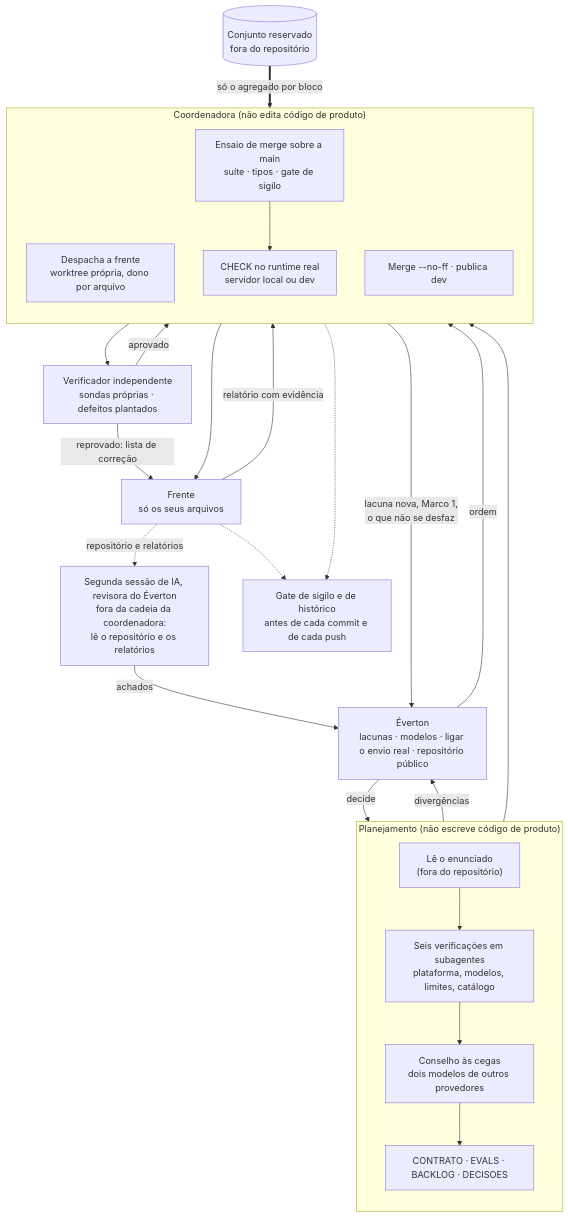
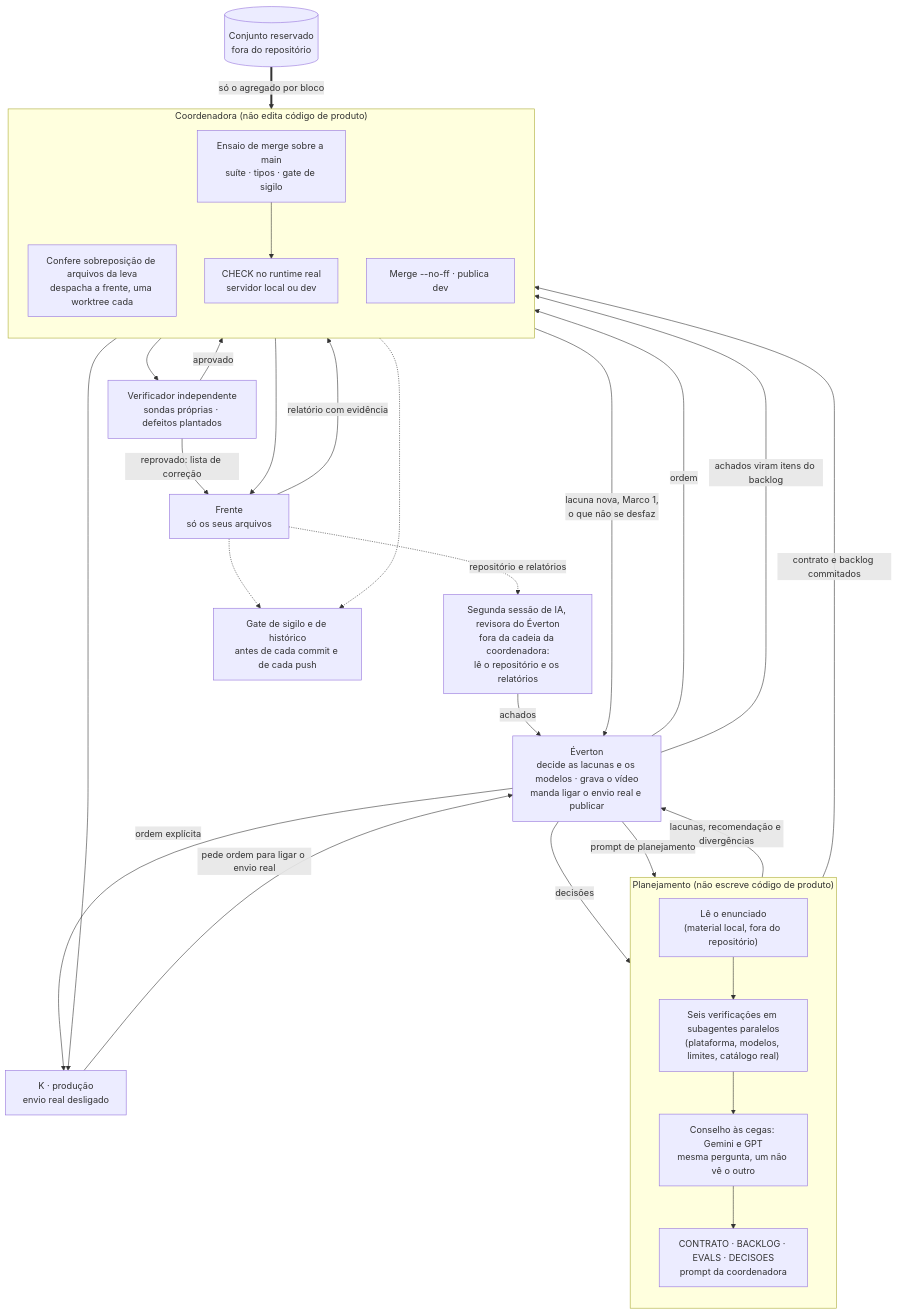
One commit to evertonresende/agente-concierge changed the first of 4 diagrams in docs/desenhos/fabrica.md. Above: the diagram before and after it, drawn with Mermaid. The commit also changed other lines of this file, not shown here.

````diff
--- a/docs/desenhos/fabrica.md
+++ b/docs/desenhos/fabrica.md
@@ -18,46 +19,52 @@
 ```mermaid
 flowchart TB
   accTitle: Papéis da fábrica
-  accDescr: Éverton, sessão de planejamento, coordenadora, frentes em worktrees, verificador independente, conjunto reservado e gate de sigilo.
+  accDescr: Éverton, sessão revisora, sessão de planejamento, coordenadora, frentes em worktrees, verificador independente, conjunto reservado, gate de sigilo e a ordem para ligar o envio real.
 
-  EV["Éverton<br/>lacunas · modelos · ligar o envio real · repositório público"]
+  EV["Éverton<br/>decide as lacunas e os modelos · grava o vídeo<br/>manda ligar o envio real e publicar"]
   REV["Segunda sessão de IA, revisora do Éverton<br/>fora da cadeia da coordenadora:<br/>lê o repositório e os relatórios"]
 
   subgraph PLAN["Planejamento (não escreve código de produto)"]
     direction TB
-    P1["Lê o enunciado<br/>(fora do repositório)"]
-    P2["Seis verificações em subagentes<br/>plataforma, modelos, limites, catálogo"]
-    P3["Conselho às cegas<br/>dois modelos de outros provedores"]
-    P4["CONTRATO · EVALS · BACKLOG · DECISOES"]
+    P1["Lê o enunciado<br/>(material local, fora do repositório)"]
+    P2["Seis verificações em subagentes paralelos<br/>(plataforma, modelos, limites, catálogo real)"]
+    P3["Conselho às cegas: Gemini e GPT<br/>mesma pergunta, um não vê o outro"]
+    P4["CONTRATO · BACKLOG · EVALS · DECISOES<br/>prompt da coordenadora"]
     P1 --> P2 --> P3 --> P4
   end
 
   subgraph COORD["Coordenadora (não edita código de produto)"]
     direction TB
-    C1["Despacha a frente<br/>worktree própria, dono por arquivo"]
+    C1["Confere sobreposição de arquivos da leva<br/>despacha a frente, uma worktree cada"]
     C2["Ensaio de merge sobre a main<br/>suíte · tipos · gate de sigilo"]
     C3["CHECK no runtime real<br/>servidor local ou dev"]
     C4["Merge --no-ff · publica dev"]
   end
 
   FR["Frente<br/>só os seus arquivos"]
   VER["Verificador independente<br/>sondas próprias · defeitos plantados"]
   RES[("Conjunto reservado<br/>fora do repositório")]
   GATE["Gate de sigilo e de histórico<br/>antes de cada commit e de cada push"]
+  K["K · produção<br/>envio real desligado"]
 
-  EV -->|"decide"| P4
-  P3 -->|"divergências"| EV
-  P4 --> C1
+  EV -->|"prompt de planejamento"| PLAN
+  P3 -->|"lacunas, recomendação e divergências"| EV
+  EV -->|"decisões"| P4
+  P4 -->|"contrato e backlog commitados"| C1
   C1 --> FR
   FR -->|"relatório com evidência"| C2
   C2 --> C3 --> VER
   VER -->|"reprovado: lista de correção"| FR
   VER -->|"aprovado"| C4
   RES ==>|"só o agregado por bloco"| C3
   FR -.-> GATE
   COORD -.-> GATE
   COORD -->|"lacuna nova, Marco 1,<br/>o que não se desfaz"| EV
   EV -->|"ordem"| COORD
   REV -->|"achados"| EV
+  EV -->|"achados viram itens do backlog"| COORD
   FR -. "repositório e relatórios" .-> REV
+  C4 --> K
+  K -->|"pede ordem para ligar o envio real"| EV
+  EV -->|"ordem explícita"| K
 ```
````
